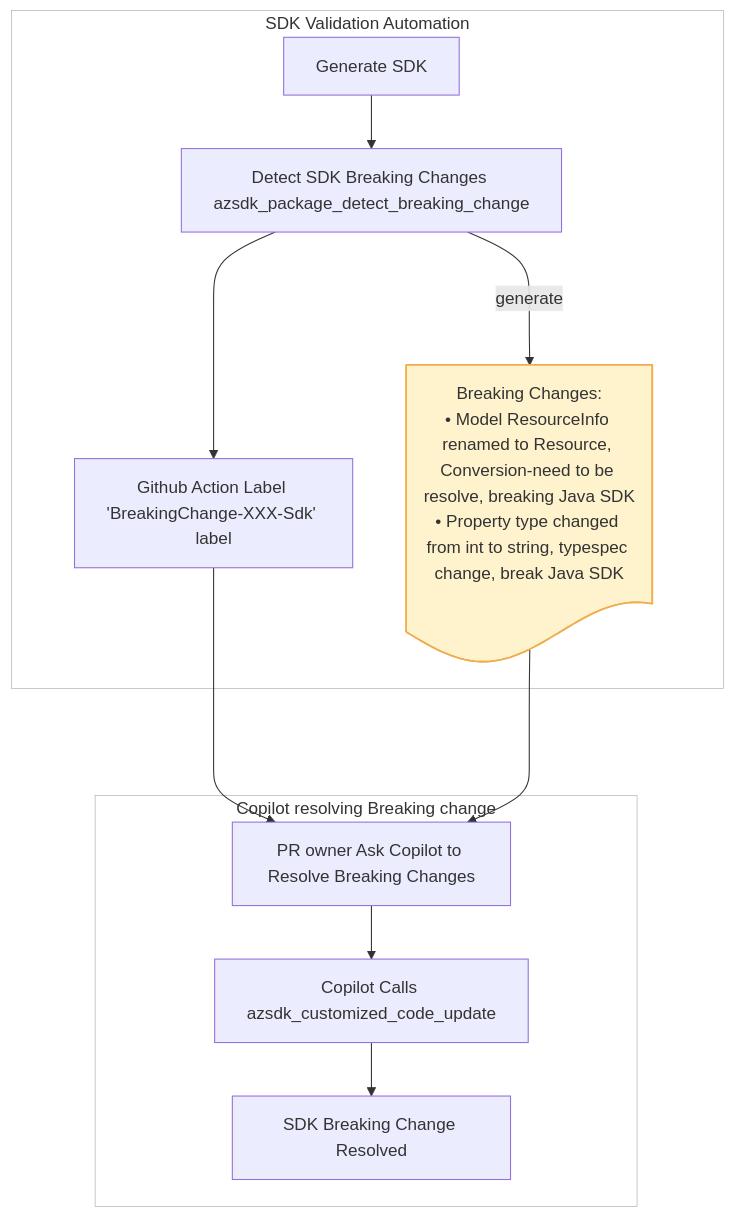
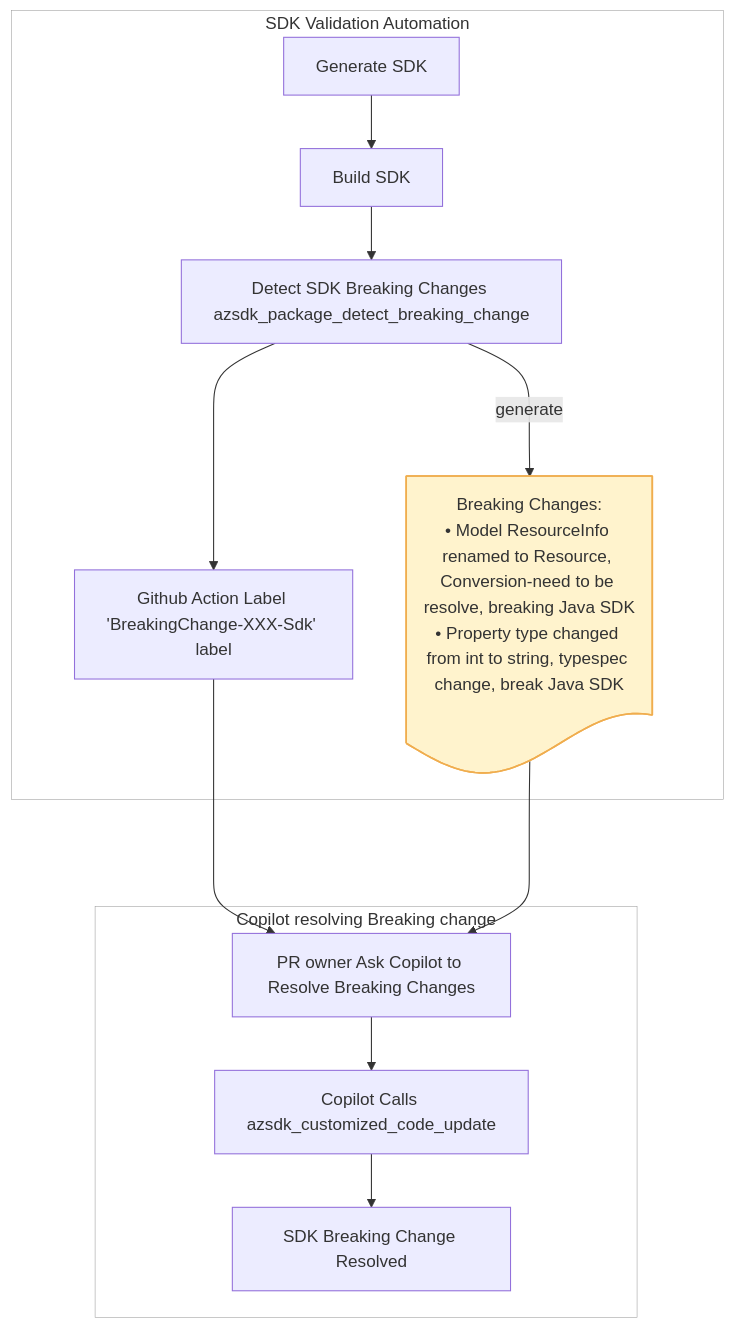
The second of 2 diagrams in tools/azsdk-cli/docs/specs/sdk-breaking-change-detect.spec.md (Azure/azure-sdk-tools), drawn with Mermaid before and after one commit. The commit also changed other lines of this file, not shown here.

````diff
--- a/tools/azsdk-cli/docs/specs/sdk-breaking-change-detect.spec.md
+++ b/tools/azsdk-cli/docs/specs/sdk-breaking-change-detect.spec.md
@@ -349,45 +421,48 @@
 ```mermaid
 flowchart TD
     A[Generate SDK]
+    H[Build SDK]
     B[Detect SDK Breaking Changes azsdk_package_detect_breaking_change]
     C[Github Action Label 'BreakingChange-XXX-Sdk' label]
     D[PR owner Ask Copilot to Resolve Breaking Changes]
     E[Copilot Calls azsdk_customized_code_update]
     F[SDK Breaking Change Resolved]
     subgraph Automation["SDK Validation Automation"]
       A
+      H
       B
       C
       G
     end
 
     subgraph Copilot["Copilot resolving Breaking change"]
       D
       E
       F
     end
 
-    A --> B
+    A --> H
+    H --> B
     B --> C
     C --> D
     D --> E
     E --> F
 
     G@{ shape: doc, label: "Breaking Changes:<br/>• Model ResourceInfo renamed to Resource, Conversion-need to be resolve, breaking Java SDK<br/>• Property type changed from int to string, typespec change, break Java SDK" }
 
     B ---> |generate|G
     G ---> D
 
     %% styling
     class G breaking;
     classDef breaking fill:#fff3cd,stroke:#f0ad4e,stroke-width:1.5px;
     
     %% 1. Copilot: remove rectangle
     style Copilot fill:transparent,stroke:#999,stroke-width:0.5px
 
     
     %% 2. Automation: simulate bottom border
     style Automation fill:transparent,stroke:#999,stroke-width:0.5px
 
 
 ```
````
